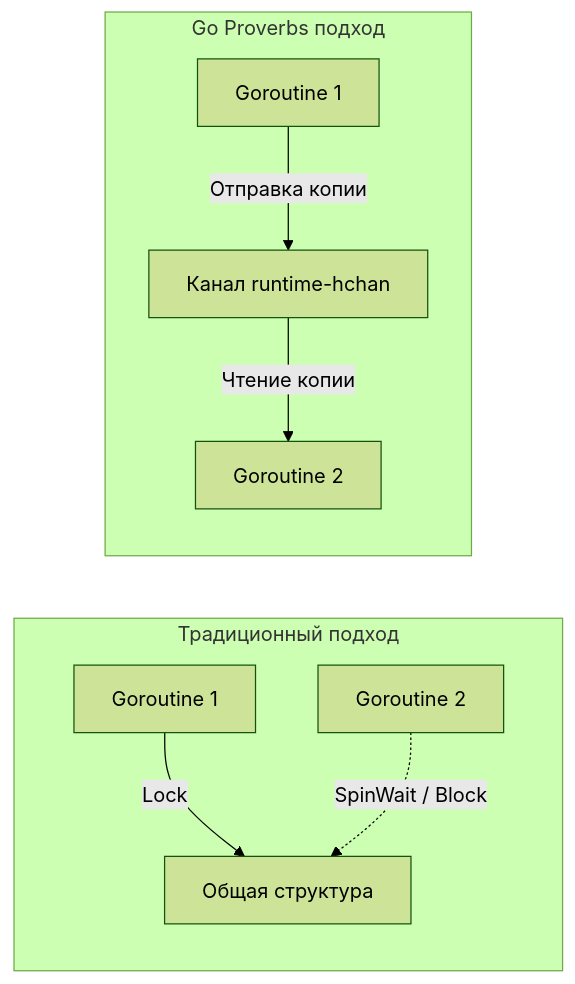
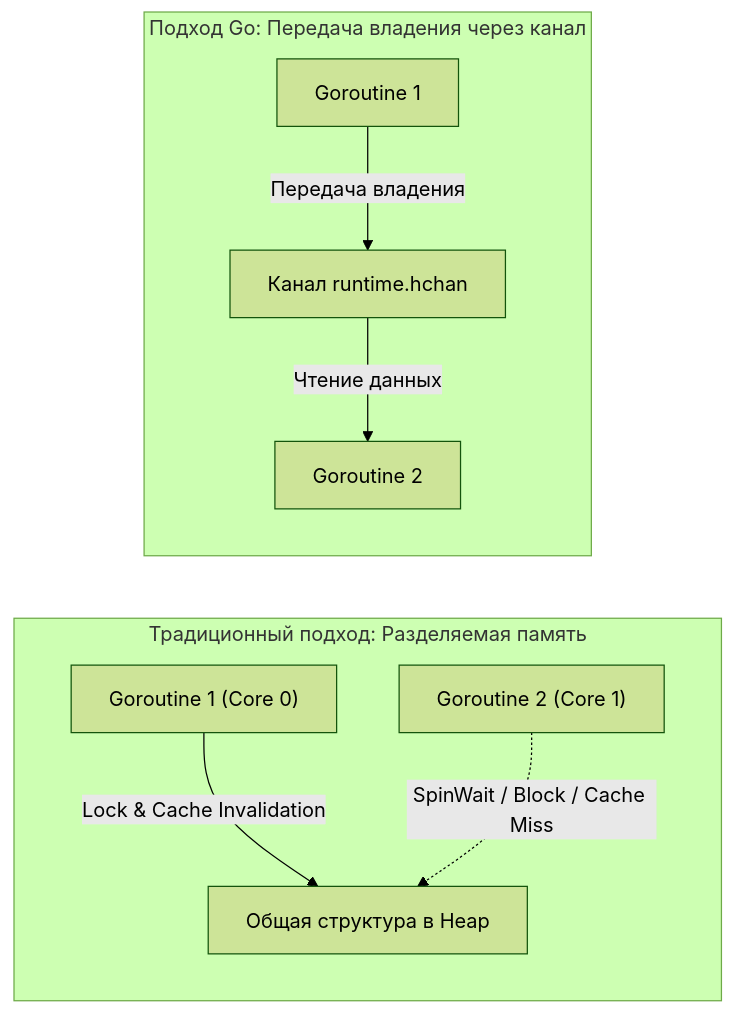
Before and after one commit to UnrealTemplier/go-textbook: the diagram in sources/4. История и философия Go/8. Go Proverbs. Практический смысл известных цитат.md, drawn with Mermaid (forest theme). The commit also changed other lines of this file, not shown here.

Commit message:
feat(module-04): editorial rewrite of Lecture 08 (Go Proverbs. Practical meaning of famous quotes) in Kernighan style

````diff
--- a/sources/4. История и философия Go/8. Go Proverbs. Практический смысл известных цитат.md
+++ b/sources/4. История и философия Go/8. Go Proverbs. Практический смысл известных цитат.md
@@ -19,11 +26,14 @@
 ```mermaid
 flowchart LR
-    subgraph Традиционный подход
-        A1["Goroutine 1"] -->|"Lock"| B1["Общая структура"]
-        C1["Goroutine 2"] -.->|"SpinWait / Block"| B1
+    subgraph SharedMemory["Традиционный подход: Разделяемая память"]
+        direction TB
+        A1["Goroutine 1 (Core 0)"] -->|"Lock & Cache Invalidation"| B1["Общая структура в Heap"]
+        C1["Goroutine 2 (Core 1)"] -.->|"SpinWait / Block / Cache Miss"| B1
     end
-    subgraph Go Proverbs подход
-        A2["Goroutine 1"] -->|"Отправка копии"| B2["Канал runtime-hchan"]
-        B2 -->|"Чтение копии"| C2["Goroutine 2"]
+
+    subgraph GoProverbs["Подход Go: Передача владения через канал"]
+        direction TB
+        A2["Goroutine 1"] -->|"Передача владения"| B2["Канал runtime.hchan"]
+        B2 -->|"Чтение данных"| C2["Goroutine 2"]
     end
 ```
````
